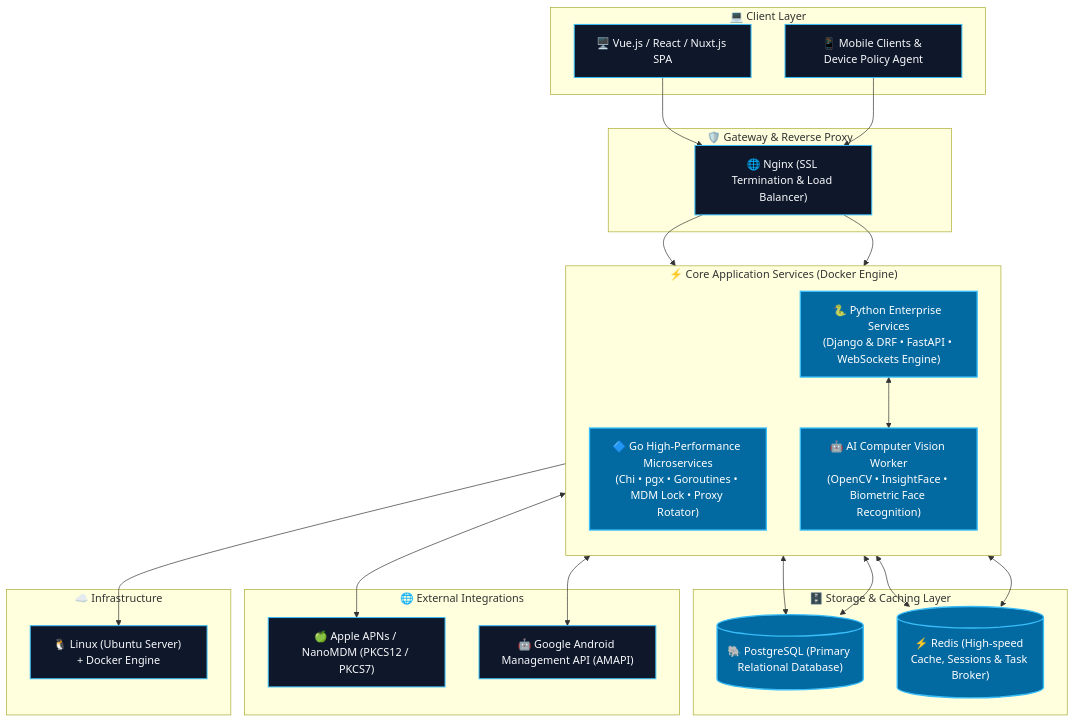
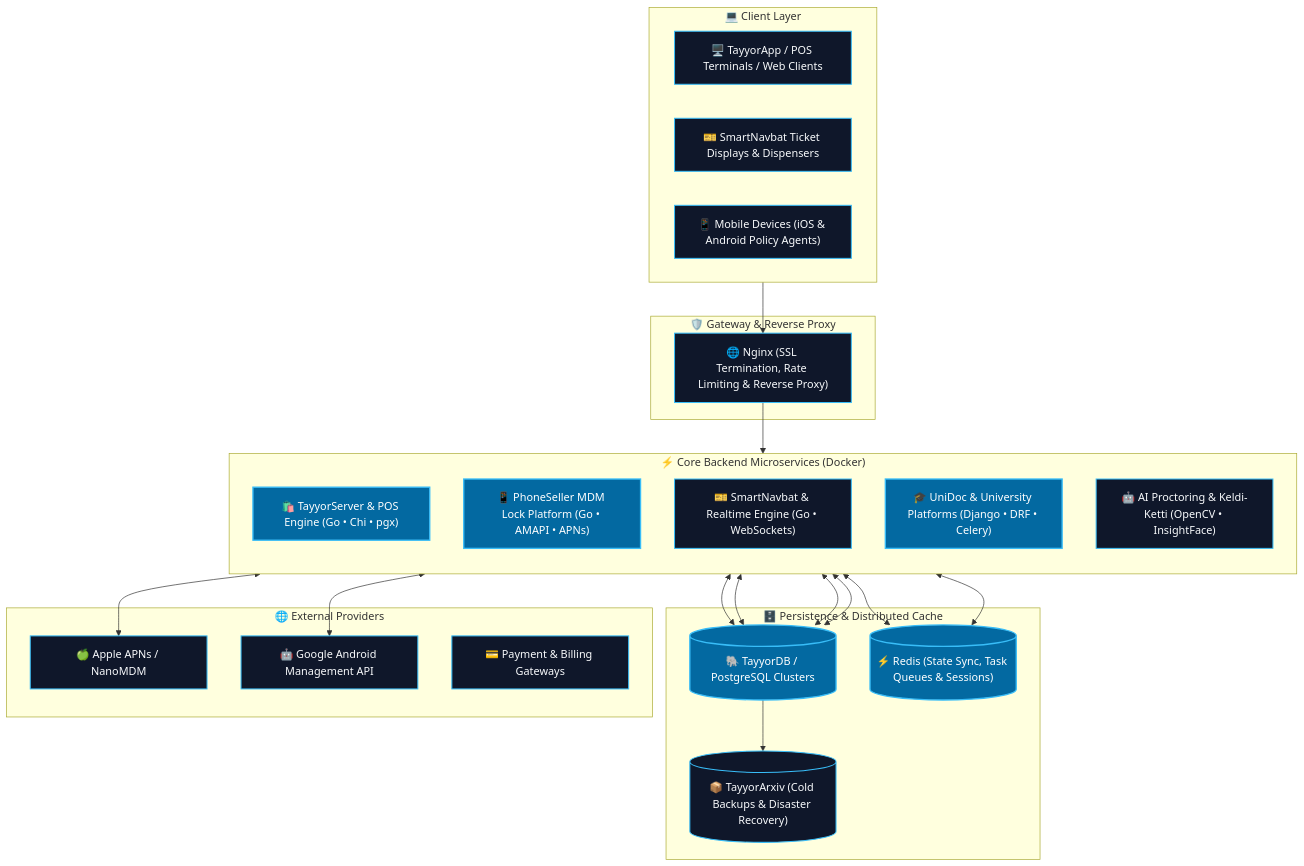
The diagram in README.md (auzcoder/auzcoder), drawn with Mermaid before and after one commit. The commit also changed other lines of this file, not shown here.

````diff
--- a/README.md
+++ b/README.md
@@ -144,49 +170,49 @@
 ```mermaid
 flowchart TD
-    subgraph ClientSide ["💻 Client Layer"]
-        Web["🖥️ Vue.js / React / Nuxt.js SPA"]
-        Mobile["📱 Mobile Clients & Device Policy Agent"]
+    subgraph Clients ["💻 Client Layer"]
+        TayyorClients["🖥️ TayyorApp / POS Terminals / Web Clients"]
+        SmartNavbatClients["🎫 SmartNavbat Ticket Displays & Dispensers"]
+        MobileMDM["📱 Mobile Devices (iOS & Android Policy Agents)"]
     end
 
     subgraph Gateway ["🛡️ Gateway & Reverse Proxy"]
-        Nginx["🌐 Nginx (SSL Termination & Load Balancer)"]
+        Nginx["🌐 Nginx (SSL Termination, Rate Limiting & Reverse Proxy)"]
     end
 
-    subgraph Microservices ["⚡ Core Application Services (Docker Engine)"]
+    subgraph Services ["⚡ Core Backend Microservices (Docker)"]
         direction TB
-        GoSvc["🔷 Go High-Performance Microservices<br/>(Chi • pgx • Goroutines • MDM Lock • Proxy Rotator)"]
-        PySvc["🐍 Python Enterprise Services<br/>(Django & DRF • FastAPI • WebSockets Engine)"]
-        AISvc["🤖 AI Computer Vision Worker<br/>(OpenCV • InsightFace • Biometric Face Recognition)"]
+        TayyorCore["🛍️ TayyorServer & POS Engine (Go • Chi • pgx)"]
+        MDMCore["📱 PhoneSeller MDM Lock Platform (Go • AMAPI • APNs)"]
+        QueueCore["🎫 SmartNavbat & Realtime Engine (Go • WebSockets)"]
+        EduCore["🎓 UniDoc & University Platforms (Django • DRF • Celery)"]
+        AICore["🤖 AI Proctoring & Keldi-Ketti (OpenCV • InsightFace)"]
     end
 
-    subgraph DataLayer ["🗄️ Storage & Caching Layer"]
-        PG[("🐘 PostgreSQL (Primary Relational Database)")]
-        Redis[("⚡ Redis (High-speed Cache, Sessions & Task Broker)")]
+    subgraph DataTier ["🗄️ Persistence & Distributed Cache"]
+        TayyorData[("🐘 TayyorDB / PostgreSQL Clusters")]
+        CacheTier[("⚡ Redis (State Sync, Task Queues & Sessions)")]
+        ArchiveTier[("📦 TayyorArxiv (Cold Backups & Disaster Recovery)")]
     end
 
-    subgraph External ["🌐 External Integrations"]
-        AppleMDM["🍏 Apple APNs / NanoMDM (PKCS12 / PKCS7)"]
-        GoogleAMAPI["🤖 Google Android Management API (AMAPI)"]
+    subgraph ExternalGateways ["🌐 External Providers"]
+        AppleAPNs["🍏 Apple APNs / NanoMDM"]
+        GoogleAMAPI["🤖 Google Android Management API"]
+        PaymentProviders["💳 Payment & Billing Gateways"]
     end
 
-    subgraph Infra ["☁️ Infrastructure"]
-        Host["🐧 Linux (Ubuntu Server) + Docker Engine"]
-    end
-
-    Web --> Nginx
-    Mobile --> Nginx
-    Nginx --> GoSvc
-    Nginx --> PySvc
-    GoSvc <--> PG
-    GoSvc <--> Redis
-    GoSvc <--> AppleMDM
-    GoSvc <--> GoogleAMAPI
-    PySvc <--> PG
-    PySvc <--> Redis
-    PySvc <--> AISvc
-    Microservices --> Host
+    Clients --> Nginx
+    Nginx --> Services
+    TayyorCore <--> TayyorData
+    TayyorCore <--> CacheTier
+    MDMCore <--> AppleAPNs
+    MDMCore <--> GoogleAMAPI
+    MDMCore <--> TayyorData
+    QueueCore <--> CacheTier
+    EduCore <--> TayyorData
+    AICore <--> TayyorData
+    TayyorData --> ArchiveTier
 
     classDef default fill:#0f172a,stroke:#38bdf8,stroke-width:1.5px,color:#f8fafc;
     classDef highlight fill:#0369a1,stroke:#38bdf8,stroke-width:2px,color:#ffffff;
-    class GoSvc,PySvc,AISvc,PG,Redis highlight;
+    class TayyorCore,MDMCore,EduCore,TayyorData,CacheTier highlight;
 ```
````
